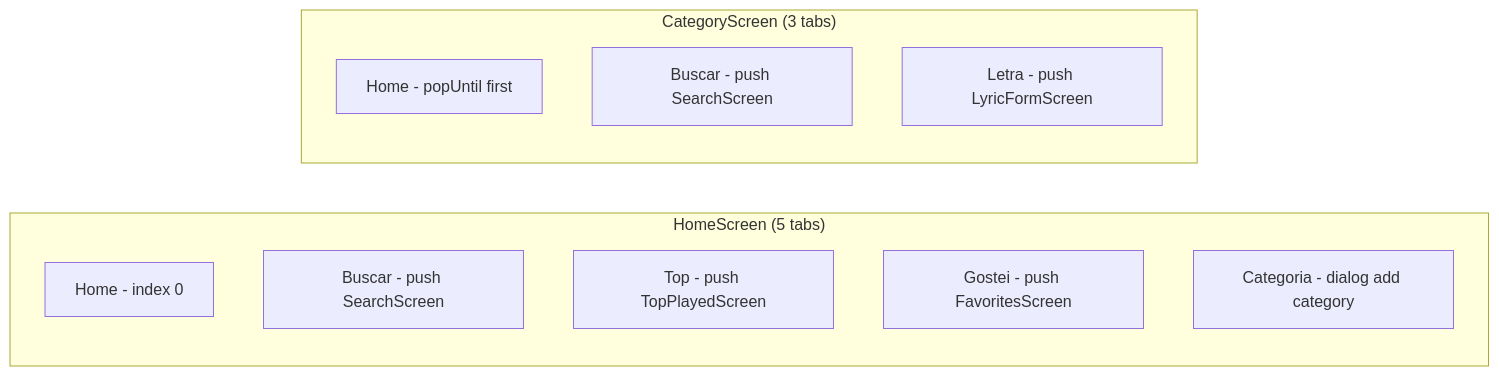
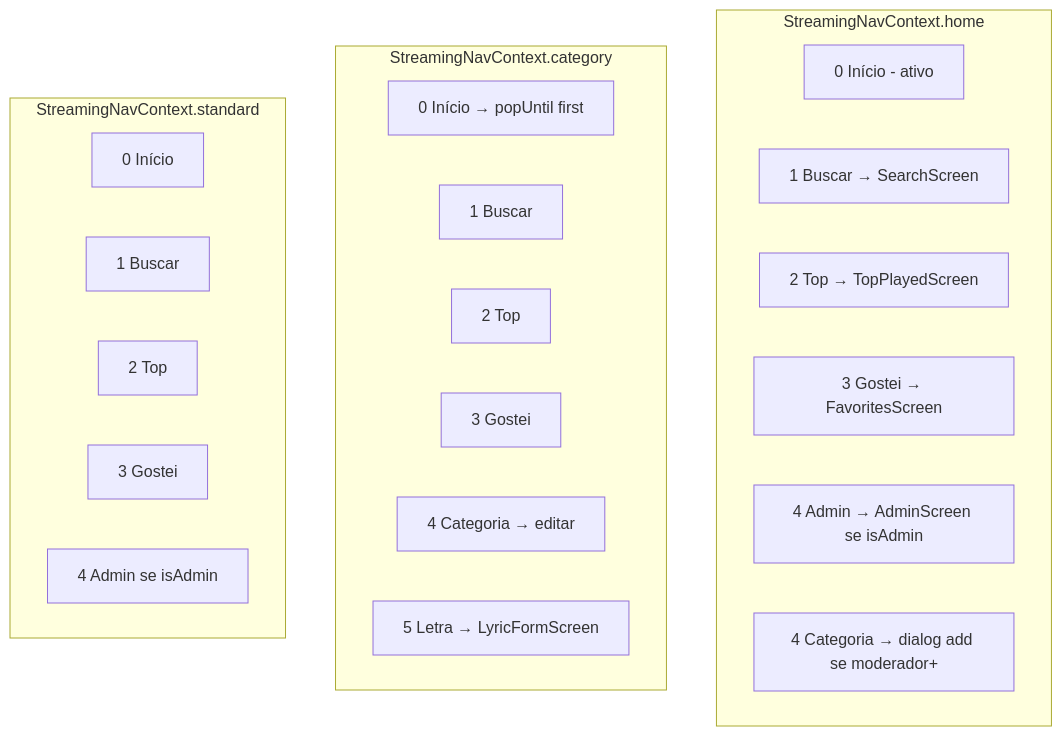
Before and after one commit to Rdinda/FMA_Pontos: the second of 4 diagrams in _reversa_sdd/ui/flow.md, drawn with Mermaid. The commit also changed other lines of this file and 43 other files, not shown here.

````diff
--- a/_reversa_sdd/ui/flow.md
+++ b/_reversa_sdd/ui/flow.md
@@ -33,16 +34,28 @@
 ```mermaid
-flowchart LR
-    subgraph HomeScreen["HomeScreen (5 tabs)"]
-        H0[Home - index 0]
-        H1[Buscar - push SearchScreen]
-        H2[Top - push TopPlayedScreen]
-        H3[Gostei - push FavoritesScreen]
-        H4[Categoria - dialog add category]
+flowchart TB
+    subgraph homeCtx["StreamingNavContext.home"]
+        H0[0 Início - ativo]
+        H1[1 Buscar → SearchScreen]
+        H2[2 Top → TopPlayedScreen]
+        H3[3 Gostei → FavoritesScreen]
+        H4a[4 Admin → AdminScreen se isAdmin]
+        H4b[4 Categoria → dialog add se moderador+]
     end
 
-    subgraph CategoryScreen["CategoryScreen (3 tabs)"]
-        C0[Home - popUntil first]
-        C1[Buscar - push SearchScreen]
-        C2[Letra - push LyricFormScreen]
+    subgraph catCtx["StreamingNavContext.category"]
+        C0[0 Início → popUntil first]
+        C1[1 Buscar]
+        C2[2 Top]
+        C3[3 Gostei]
+        C4[4 Categoria → editar]
+        C5[5 Letra → LyricFormScreen]
+    end
+
+    subgraph stdCtx["StreamingNavContext.standard"]
+        S0[0 Início]
+        S1[1 Buscar]
+        S2[2 Top]
+        S3[3 Gostei]
+        S4[4 Admin se isAdmin]
     end
 ```
````
